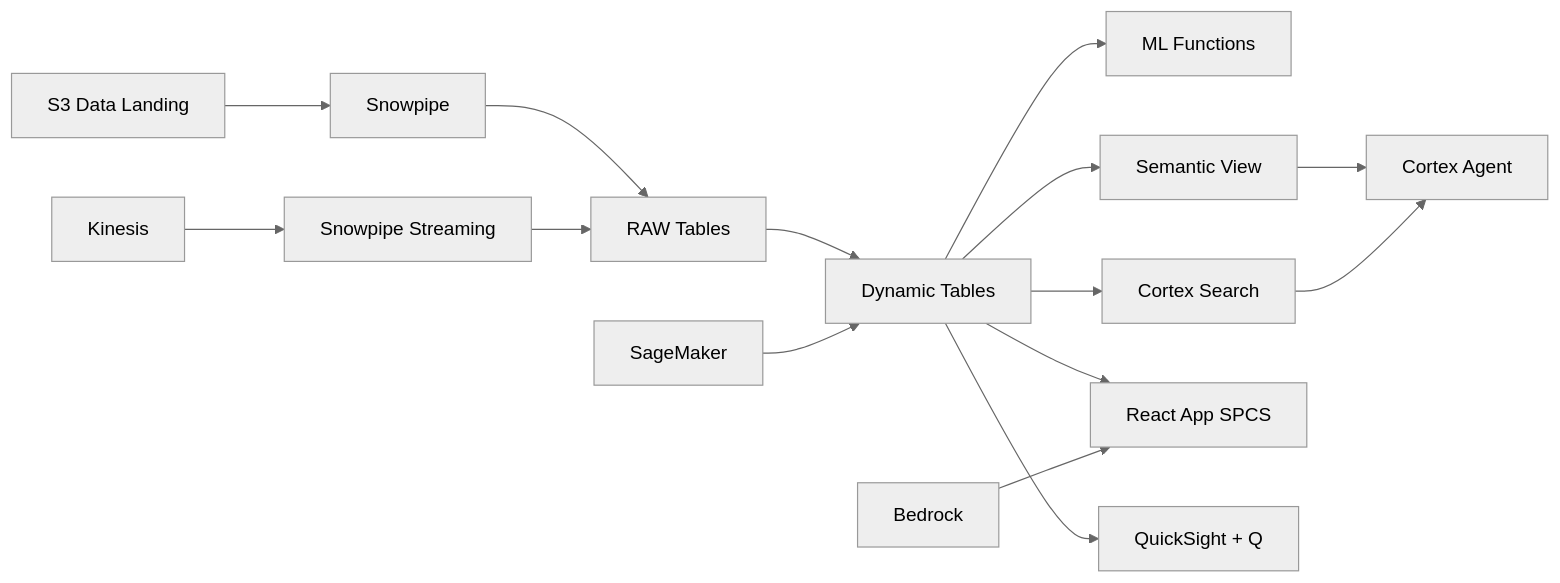
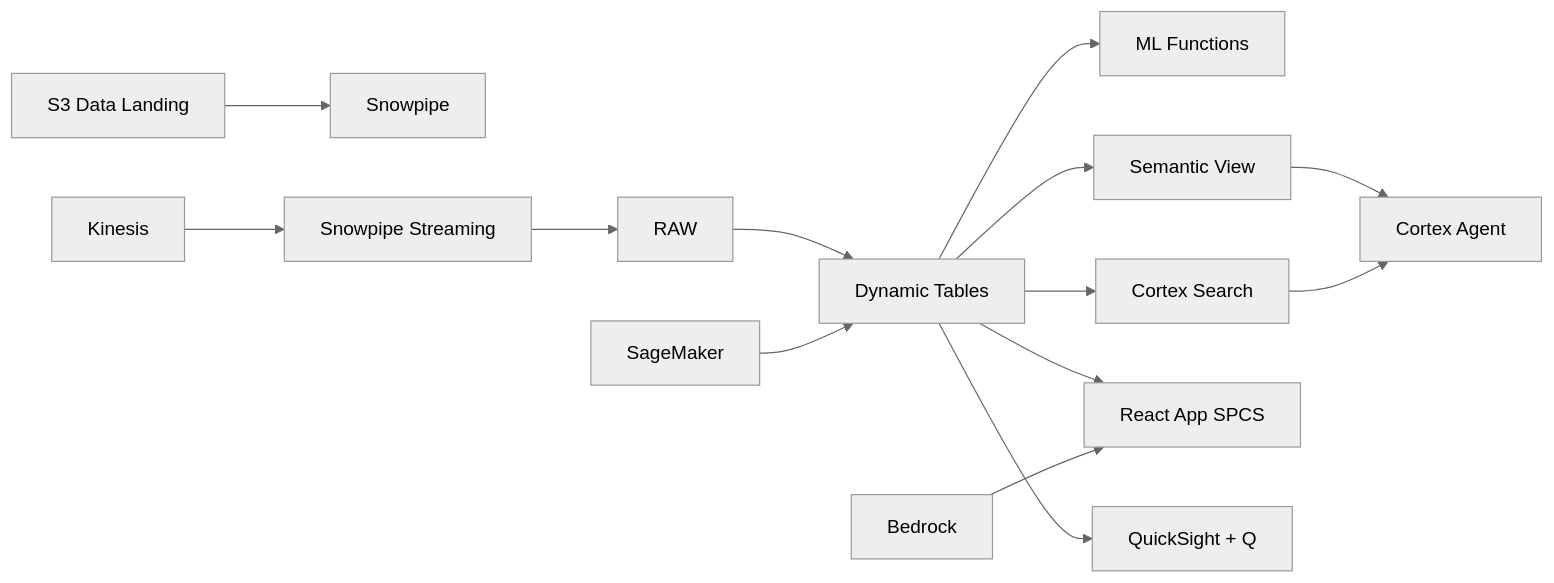
Before and after one commit to sfc-gh-jasvestis/aws-indonesia-mining-nickel-trading: the diagram in README.md, drawn with Mermaid (neutral theme). The commit also changed 7 other files, not shown here.

Commit message:
Fix: add all source files, .gitignore, fix Mermaid diagram

````diff
--- a/README.md
+++ b/README.md
@@ -9,17 +9,16 @@
 ```mermaid
 flowchart LR
     S3[S3 Data Landing] --> SP[Snowpipe]
     KIN[Kinesis] --> SPS[Snowpipe Streaming]
-    SP --> RAW[RAW Tables]
     SPS --> RAW
     RAW --> DT[Dynamic Tables]
     DT --> ML[ML Functions]
     DT --> SEARCH[Cortex Search]
     DT --> SV[Semantic View]
     SV --> AGENT[Cortex Agent]
     SEARCH --> AGENT
     DT --> APP[React App SPCS]
     SM[SageMaker] --> DT
     BR[Bedrock] --> APP
     DT --> QS[QuickSight + Q]
 ```
````
